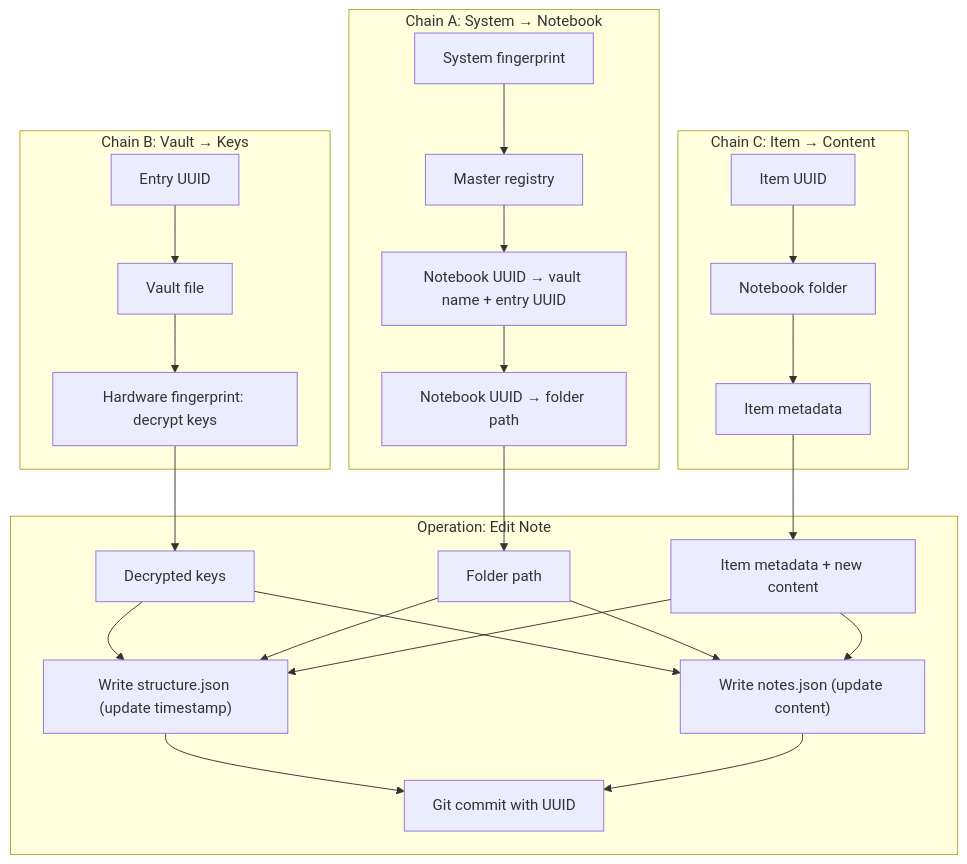
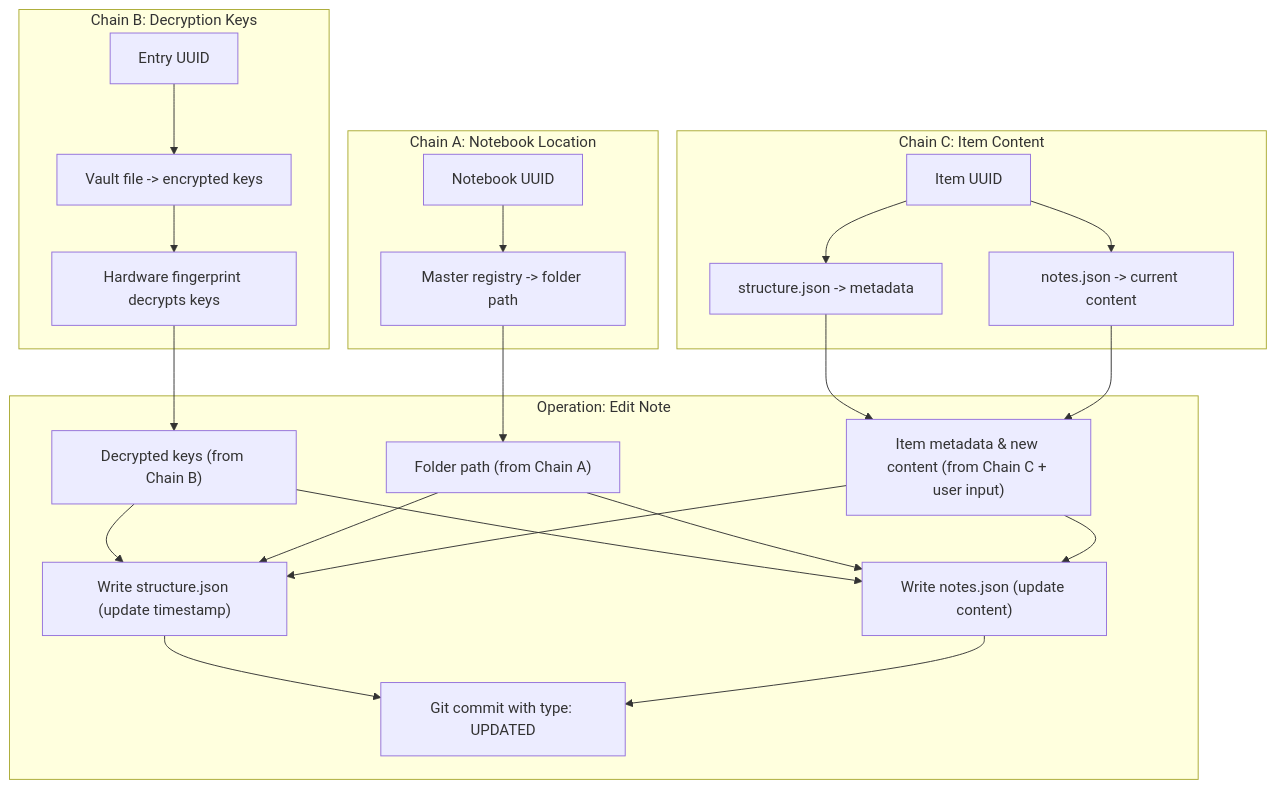
One commit to sys-ronin/rough_docu changed the second of 4 diagrams in UUID.md. Above: the diagram before and after it, drawn with Mermaid. The commit also changed other lines of this file, not shown here.

````diff
--- a/UUID.md
+++ b/UUID.md
@@ -92,42 +117,41 @@
 ```mermaid
 flowchart TD
-    subgraph ChainA["Chain A: System → Notebook"]
-        A1["System fingerprint"] --> A2["Master registry"]
-        A2 --> A3["Notebook UUID → vault name + entry UUID"]
-        A3 --> A4["Notebook UUID → folder path"]
+    subgraph ChainA["Chain A: Notebook Location"]
+        A1["Notebook UUID"] --> A2["Master registry -> folder path"]
     end
 
-    subgraph ChainB["Chain B: Vault → Keys"]
-        B1["Entry UUID"] --> B2["Vault file"]
-        B2 --> B3["Hardware fingerprint: decrypt keys"]
+    subgraph ChainB["Chain B: Decryption Keys"]
+        B1["Entry UUID"] --> B2["Vault file -> encrypted keys"]
+        B2 --> B3["Hardware fingerprint decrypts keys"]
     end
 
-    subgraph ChainC["Chain C: Item → Content"]
-        C1["Item UUID"] --> C2["Notebook folder"]
-        C2 --> C3["Item metadata"]
+    subgraph ChainC["Chain C: Item Content"]
+        C1["Item UUID"] --> C2["structure.json -> metadata"]
+        C1 --> C3["notes.json -> current content"]
     end
 
     subgraph Operation["Operation: Edit Note"]
-        O1["Decrypted keys"]
-        O2["Folder path"]
-        O3["Item metadata + new content"]
+        O1["Decrypted keys (from Chain B)"]
+        O2["Folder path (from Chain A)"]
+        O3["Item metadata & new content (from Chain C + user input)"]
         O4["Write structure.json (update timestamp)"]
         O5["Write notes.json (update content)"]
-        O6["Git commit with UUID"]
+        O6["Git commit with type: UPDATED"]
     end
 
-    A4 --> O2
+    A2 --> O2
     B3 --> O1
+    C2 --> O3
     C3 --> O3
 
     O1 --> O4
     O2 --> O4
     O3 --> O4
 
     O1 --> O5
     O2 --> O5
     O3 --> O5
 
     O4 --> O6
     O5 --> O6
 ```
````
